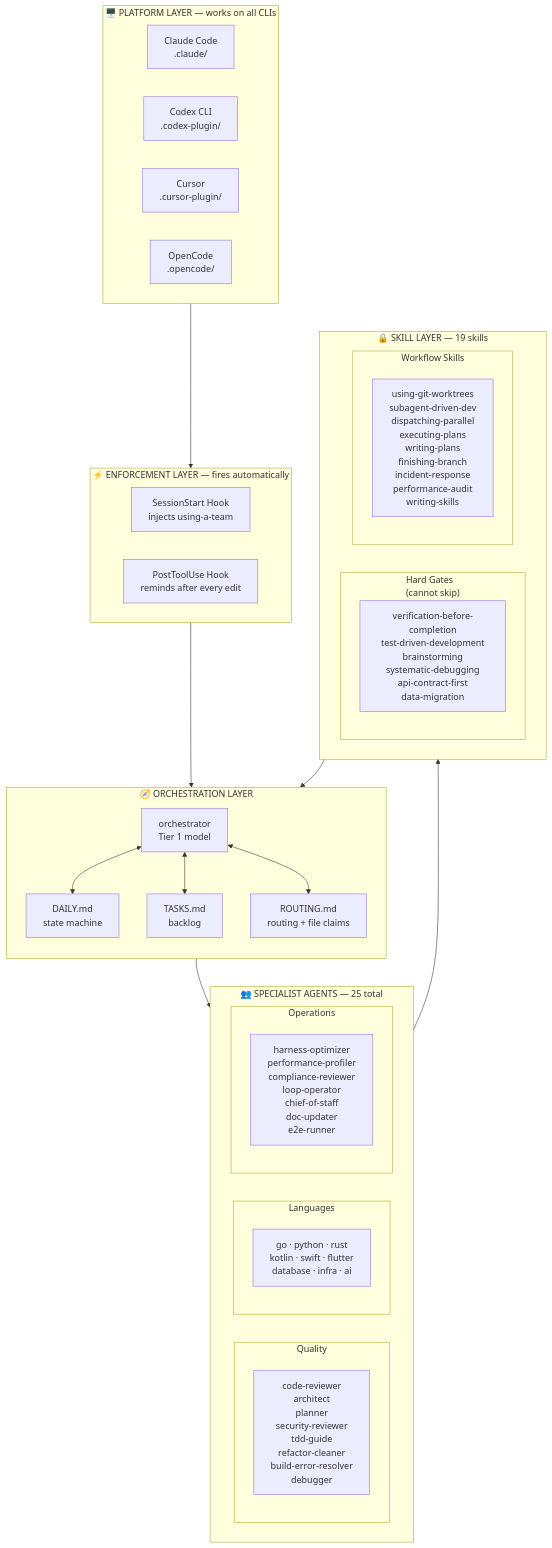
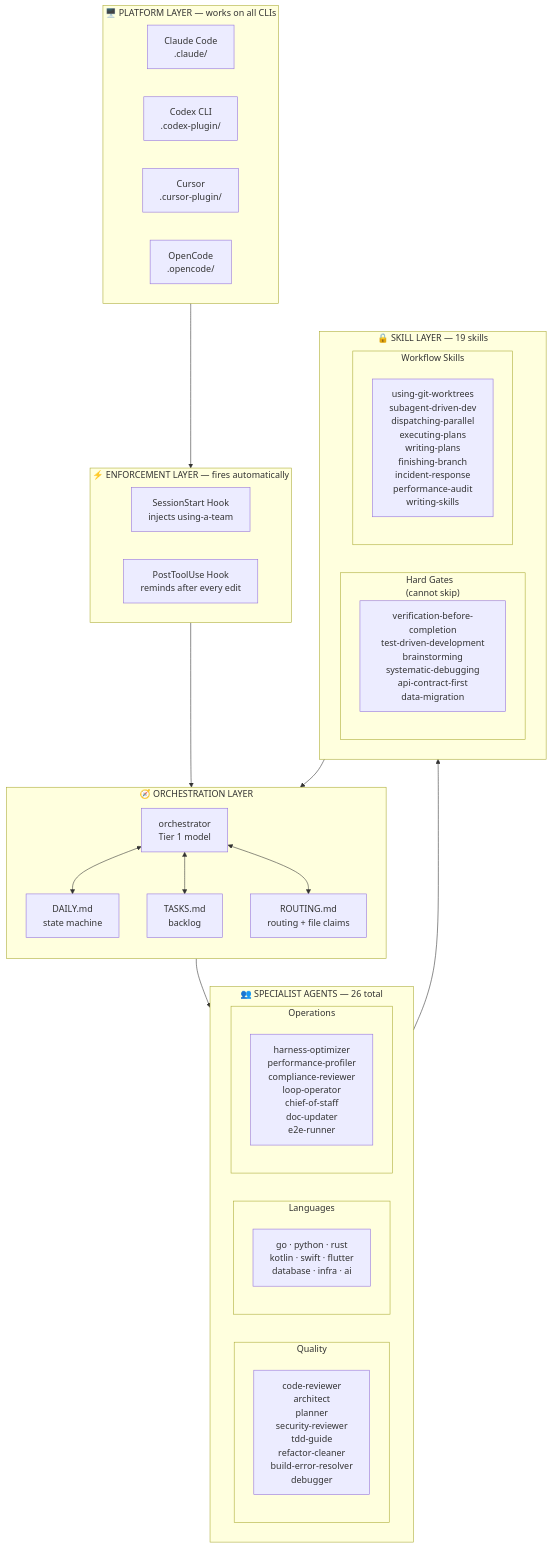
The first of 4 diagrams in docs/overview.md (RBraga01/a-team), drawn with Mermaid before and after one commit. The commit also changed other lines of this file and 7 other files, not shown here.

````diff
--- a/docs/overview.md
+++ b/docs/overview.md
@@ -26,59 +26,59 @@
 ```mermaid
 graph TB
     subgraph P["🖥️  PLATFORM LAYER — works on all CLIs"]
         direction LR
         CC["Claude Code\n.claude/"]
         CX["Codex CLI\n.codex-plugin/"]
         CU["Cursor\n.cursor-plugin/"]
         OC["OpenCode\n.opencode/"]
     end
 
     subgraph E["⚡  ENFORCEMENT LAYER — fires automatically"]
         direction LR
         SH["SessionStart Hook\ninjects using-a-team"]
         PH["PostToolUse Hook\nreminds after every edit"]
     end
 
     subgraph O["🧭  ORCHESTRATION LAYER"]
         direction TB
         ORCH["orchestrator\nTier 1 model"]
         DAILY["DAILY.md\nstate machine"]
         TASKS["TASKS.md\nbacklog"]
         ROUTING["ROUTING.md\nrouting + file claims"]
         ORCH <--> DAILY
         ORCH <--> TASKS
         ORCH <--> ROUTING
     end
 
-    subgraph A["👥  SPECIALIST AGENTS — 25 total"]
+    subgraph A["👥  SPECIALIST AGENTS — 26 total"]
         direction LR
         subgraph QUALITY["Quality"]
             QA["code-reviewer\narchitect\nplanner\nsecurity-reviewer\ntdd-guide\nrefactor-cleaner\nbuild-error-resolver\ndebugger"]
         end
         subgraph LANG["Languages"]
             LA["go · python · rust\nkotlin · swift · flutter\ndatabase · infra · ai"]
         end
         subgraph OPS["Operations"]
             OP["harness-optimizer\nperformance-profiler\ncompliance-reviewer\nloop-operator\nchief-of-staff\ndoc-updater\ne2e-runner"]
         end
     end
 
     subgraph S["🔒  SKILL LAYER — 19 skills"]
         direction LR
         subgraph HARD["Hard Gates\n(cannot skip)"]
             HG["verification-before-completion\ntest-driven-development\nbrainstorming\nsystematic-debugging\napi-contract-first\ndata-migration"]
         end
         subgraph WORK["Workflow Skills"]
             WS["using-git-worktrees\nsubagent-driven-dev\ndispatching-parallel\nexecuting-plans\nwriting-plans\nfinishing-branch\nincident-response\nperformance-audit\nwriting-skills"]
         end
     end
 
     P --> E
     E --> O
     O --> A
     A --> S
     S --> O
 
     classDef layer fill:#1e293b,color:#f1f5f9,stroke:#334155
     classDef platform fill:#0f172a,color:#94a3b8,stroke:#1e293b
 ```
````
